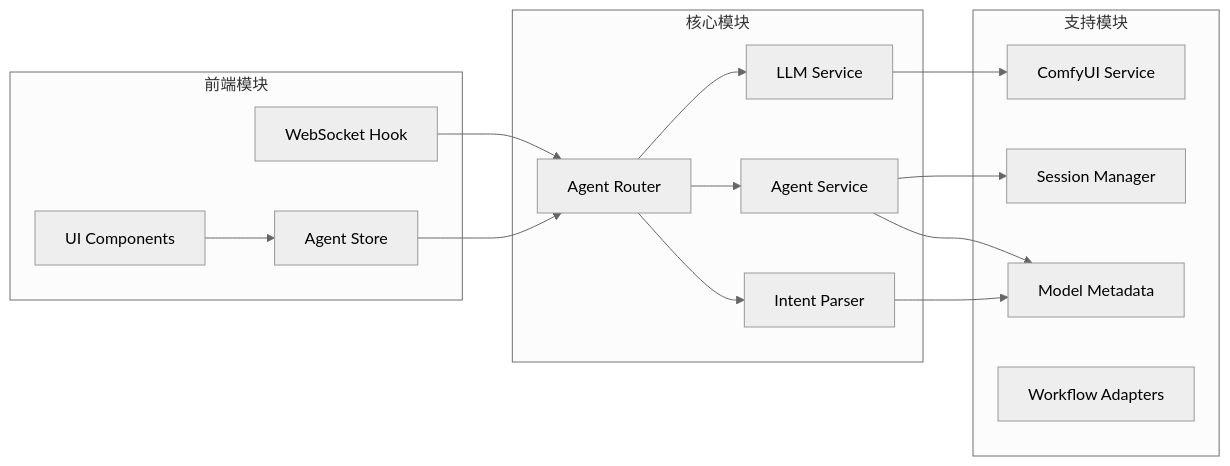
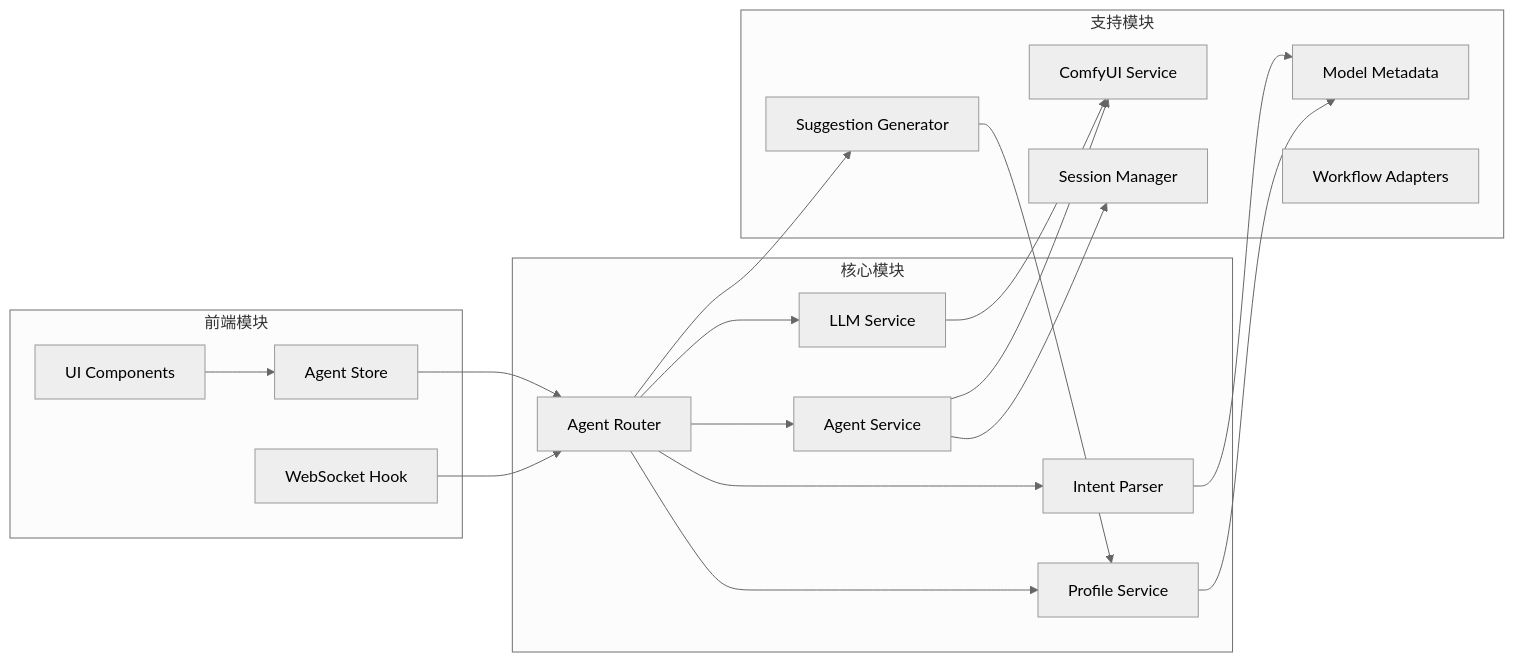
Diagram 14 of 14 in .qoder/repowiki/zh/content/前端应用/AI智能代理系统/AI智能代理系统.md (billye220670/CorineKit_Pix2Real), drawn with Mermaid (neutral theme) before and after one commit. The commit also changed other lines of this file and 14 other files, not shown here.

First line of the commit message:
fix(StartupOverlay): 遮罩消失同时校验 WebSocket clientId 就绪

````diff
--- a/.qoder/repowiki/zh/content/前端应用/AI智能代理系统/AI智能代理系统.md
+++ b/.qoder/repowiki/zh/content/前端应用/AI智能代理系统/AI智能代理系统.md
@@ -474,30 +710,36 @@
 ```mermaid
 graph LR
 subgraph "核心模块"
 A[Agent Router]
 B[LLM Service]
 C[Intent Parser]
 D[Agent Service]
+E[Profile Service]
 end
 subgraph "支持模块"
-E[ComfyUI Service]
-F[Session Manager]
-G[Model Metadata]
-H[Workflow Adapters]
+F[ComfyUI Service]
+G[Session Manager]
+H[Model Metadata]
+I[Workflow Adapters]
+J[Suggestion Generator]
 end
 subgraph "前端模块"
-I[Agent Store]
-J[UI Components]
-K[WebSocket Hook]
+K[Agent Store]
+L[UI Components]
+M[WebSocket Hook]
 end
 A --> B
 A --> C
 A --> D
-B --> E
-C --> G
+A --> E
+A --> J
+B --> F
+C --> H
 D --> F
 D --> G
-I --> A
-J --> I
+E --> H
+J --> E
 K --> A
+L --> K
+M --> A
 ```
````
